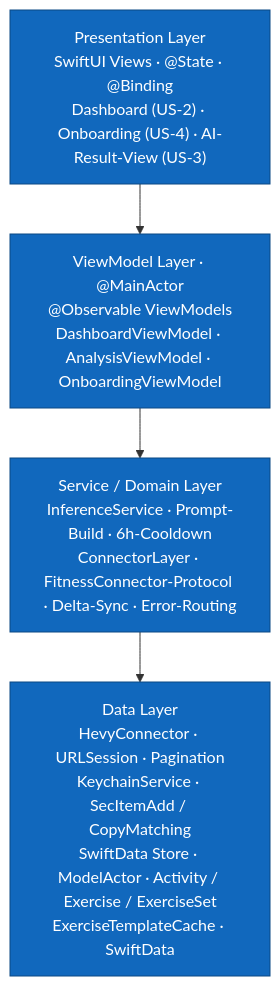
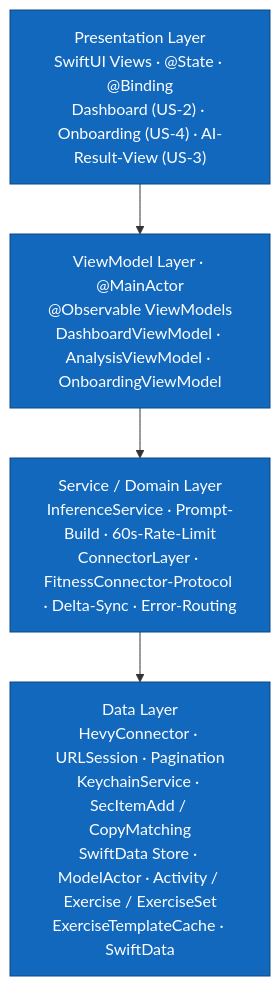
One commit to fitbuddies-cas/fitbuddy changed the third of 3 diagrams in docs/ARCHITECTURE.md. Above: the diagram before and after it, drawn with Mermaid. The commit also changed other lines of this file and 46 other files, not shown here.

````diff
--- a/docs/ARCHITECTURE.md
+++ b/docs/ARCHITECTURE.md
@@ -152,11 +152,11 @@
 ```mermaid
 flowchart TB
     classDef layer fill:#1168bd,color:#fff,stroke:#0b4884
 
     PRES["Presentation Layer\nSwiftUI Views · @State · @Binding\nDashboard (US-2) · Onboarding (US-4) · AI-Result-View (US-3)"]:::layer
     VM["ViewModel Layer · @MainActor\n@Observable ViewModels\nDashboardViewModel · AnalysisViewModel · OnboardingViewModel"]:::layer
-    SVC["Service / Domain Layer\nInferenceService · Prompt-Build · 6h-Cooldown\nConnectorLayer · FitnessConnector-Protocol · Delta-Sync · Error-Routing"]:::layer
+    SVC["Service / Domain Layer\nInferenceService · Prompt-Build · 60s-Rate-Limit\nConnectorLayer · FitnessConnector-Protocol · Delta-Sync · Error-Routing"]:::layer
     DATA["Data Layer\nHevyConnector · URLSession · Pagination\nKeychainService · SecItemAdd / CopyMatching\nSwiftData Store · ModelActor · Activity / Exercise / ExerciseSet\nExerciseTemplateCache · SwiftData"]:::layer
 
     PRES --> VM --> SVC --> DATA
 ```
````
